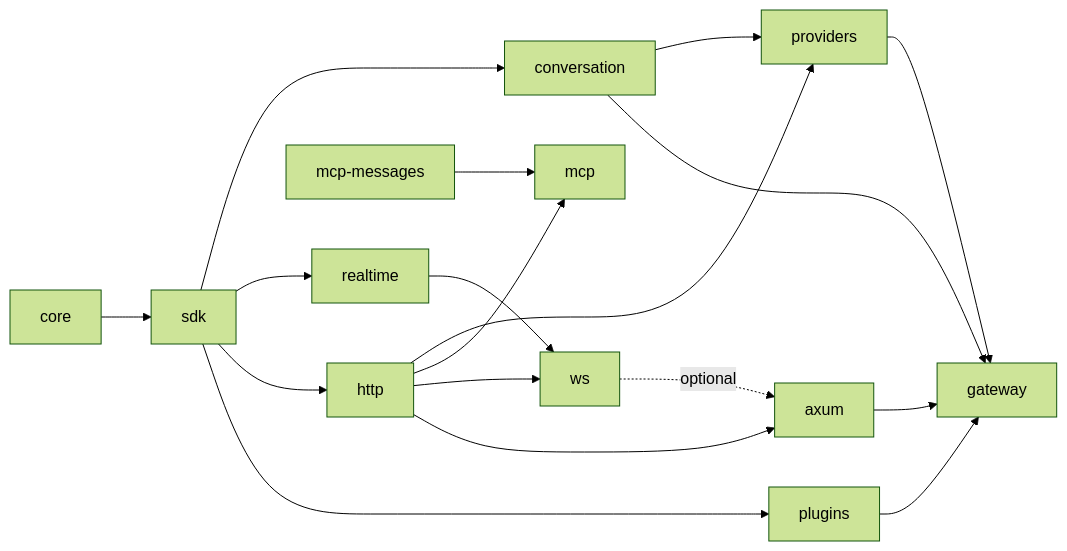
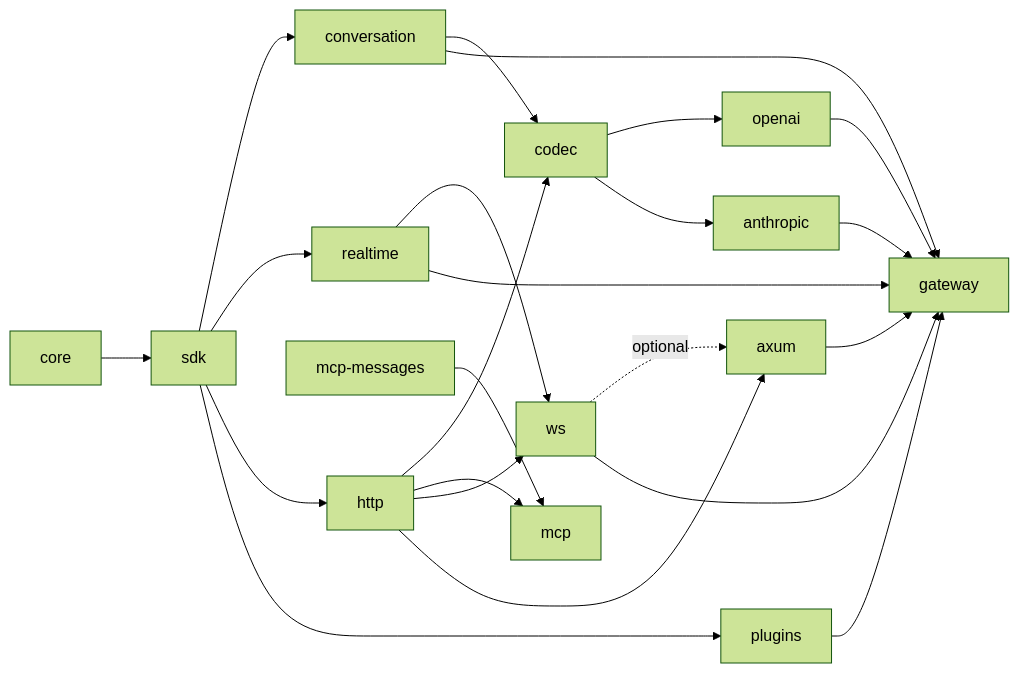
Before and after one commit to Davidson3556/respan-gateway: the diagram in docs/ARCHITECTURE.md, drawn with Mermaid (forest theme). The commit also changed other lines of this file and 176 other files, not shown here.

````diff
--- a/docs/ARCHITECTURE.md
+++ b/docs/ARCHITECTURE.md
@@ -28,20 +30,25 @@
 ```mermaid
 flowchart LR
     core --> sdk
     sdk --> conversation
-    conversation --> providers
+    conversation --> codec
     conversation --> gateway
     sdk --> realtime
     realtime --> ws
     mcp_messages[mcp-messages] --> mcp
     sdk --> http
     sdk --> plugins
-    http --> providers
+    http --> codec
+    codec --> openai
+    codec --> anthropic
     http --> mcp
     http --> ws
     http --> axum
     ws -. optional .-> axum
+    realtime --> gateway
+    ws --> gateway
     axum --> gateway
-    providers --> gateway
+    openai --> gateway
+    anthropic --> gateway
     plugins --> gateway
 ```
````
